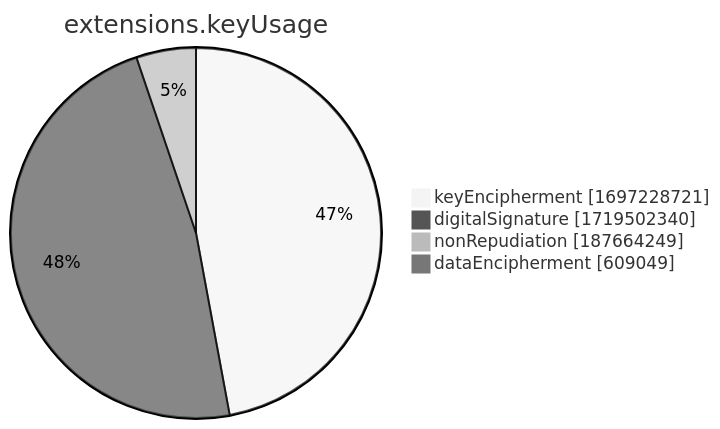
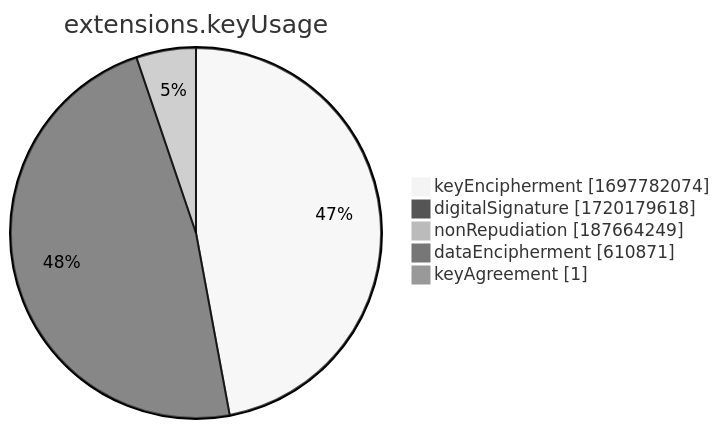
One commit to christiankrug/ctmonitor_visualization changed the seventh of 15 diagrams in xenon2022/README.md. Above: the diagram before and after it, drawn with Mermaid (neutral theme). The commit also changed other lines of this file, not shown here.

````diff
--- a/xenon2022/README.md
+++ b/xenon2022/README.md
@@ -2858,8 +2858,9 @@
 ```mermaid
 pie showData
 title extensions.keyUsage
-"keyEncipherment" :1697228721
-"digitalSignature" :1719502340
+"keyEncipherment" :1697782074
+"digitalSignature" :1720179618
 "nonRepudiation" :187664249
-"dataEncipherment" :609049
+"dataEncipherment" :610871
+"keyAgreement" :1
 ```
````
